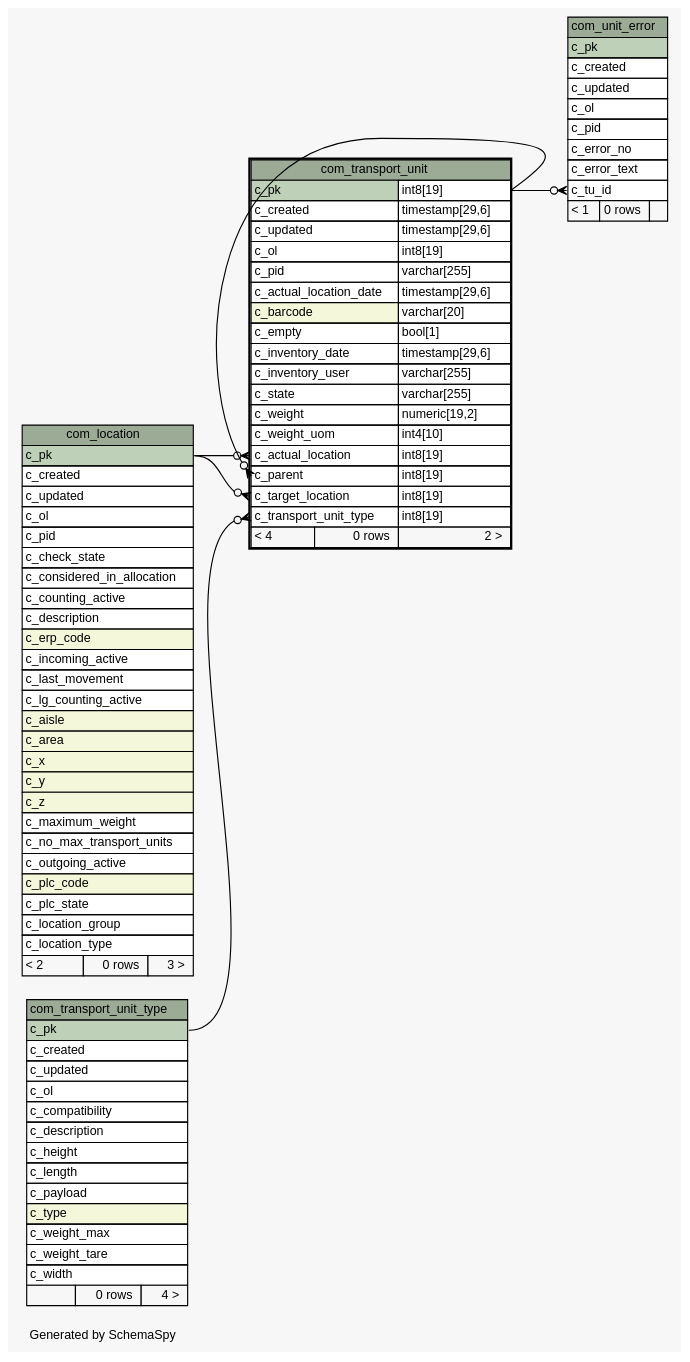
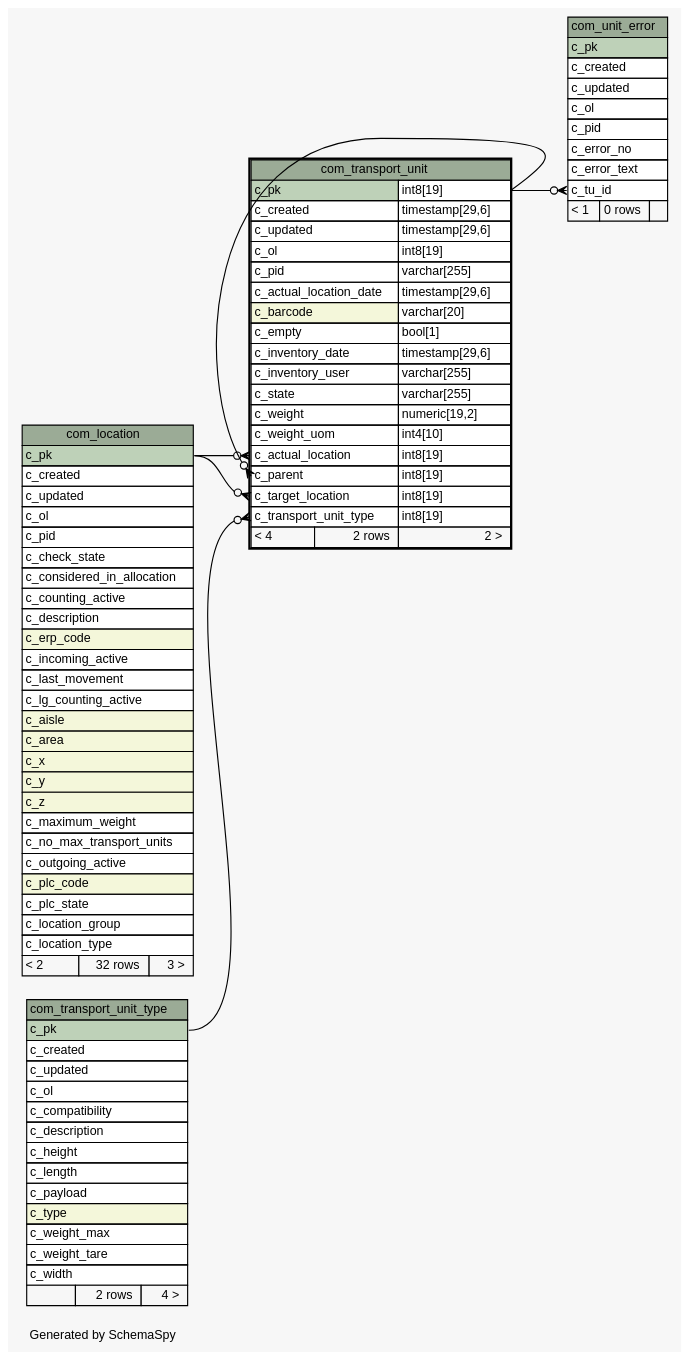
Before and after one commit to openwms/org.openwms.common.service.lib: the diagram in schemaspy/diagrams/com_transport_unit.1degree.dot, drawn with Graphviz. The commit also changed 551 other files, not shown here.

```diff
--- a/schemaspy/diagrams/com_transport_unit.1degree.dot
+++ b/schemaspy/diagrams/com_transport_unit.1degree.dot
@@ -1,126 +1,126 @@
-// dot 2.38.0 on Linux 4.15.0-1037-gcp
+// dot 2.36.0 on Linux 4.4.0-101-generic
 // SchemaSpy rev Unknown
 digraph "oneDegreeRelationshipsDiagram" {
   graph [
     rankdir="RL"
     bgcolor="#f7f7f7"
     label="\nGenerated by SchemaSpy"
     labeljust="l"
     nodesep="0.18"
     ranksep="0.46"
     fontname="Helvetica"
     fontsize="11"
   ];
   node [
     fontname="Helvetica"
     fontsize="11"
     shape="plaintext"
   ];
   edge [
     arrowsize="0.8"
   ];
   "com_transport_unit":"c_actual_location":w -> "com_location":"c_pk":e [arrowhead=none dir=back arrowtail=crowodot];
   "com_transport_unit":"c_parent":w -> "com_transport_unit":"c_pk.type":e [arrowhead=none dir=back arrowtail=crowodot];
   "com_transport_unit":"c_target_location":w -> "com_location":"c_pk":e [arrowhead=none dir=back arrowtail=crowodot];
   "com_transport_unit":"c_transport_unit_type":w -> "com_transport_unit_type":"c_pk":e [arrowhead=none dir=back arrowtail=crowodot];
   "com_unit_error":"c_tu_id":w -> "com_transport_unit":"c_pk.type":e [arrowhead=none dir=back arrowtail=crowodot];
   "com_location" [
     label=<
     <TABLE BORDER="0" CELLBORDER="1" CELLSPACING="0" BGCOLOR="#ffffff">
       <TR><TD COLSPAN="3" BGCOLOR="#9bab96" ALIGN="CENTER">com_location</TD></TR>
       <TR><TD PORT="c_pk" COLSPAN="3" BGCOLOR="#bed1b8" ALIGN="LEFT">c_pk</TD></TR>
       <TR><TD PORT="c_created" COLSPAN="3" ALIGN="LEFT">c_created</TD></TR>
       <TR><TD PORT="c_updated" COLSPAN="3" ALIGN="LEFT">c_updated</TD></TR>
       <TR><TD PORT="c_ol" COLSPAN="3" ALIGN="LEFT">c_ol</TD></TR>
       <TR><TD PORT="c_pid" COLSPAN="3" ALIGN="LEFT">c_pid</TD></TR>
       <TR><TD PORT="c_check_state" COLSPAN="3" ALIGN="LEFT">c_check_state</TD></TR>
       <TR><TD PORT="c_considered_in_allocation" COLSPAN="3" ALIGN="LEFT">c_considered_in_allocation</TD></TR>
       <TR><TD PORT="c_counting_active" COLSPAN="3" ALIGN="LEFT">c_counting_active</TD></TR>
       <TR><TD PORT="c_description" COLSPAN="3" ALIGN="LEFT">c_description</TD></TR>
       <TR><TD PORT="c_erp_code" COLSPAN="3" BGCOLOR="#f4f7da" ALIGN="LEFT">c_erp_code</TD></TR>
       <TR><TD PORT="c_incoming_active" COLSPAN="3" ALIGN="LEFT">c_incoming_active</TD></TR>
       <TR><TD PORT="c_last_movement" COLSPAN="3" ALIGN="LEFT">c_last_movement</TD></TR>
       <TR><TD PORT="c_lg_counting_active" COLSPAN="3" ALIGN="LEFT">c_lg_counting_active</TD></TR>
       <TR><TD PORT="c_aisle" COLSPAN="3" BGCOLOR="#f4f7da" ALIGN="LEFT">c_aisle</TD></TR>
       <TR><TD PORT="c_area" COLSPAN="3" BGCOLOR="#f4f7da" ALIGN="LEFT">c_area</TD></TR>
       <TR><TD PORT="c_x" COLSPAN="3" BGCOLOR="#f4f7da" ALIGN="LEFT">c_x</TD></TR>
       <TR><TD PORT="c_y" COLSPAN="3" BGCOLOR="#f4f7da" ALIGN="LEFT">c_y</TD></TR>
       <TR><TD PORT="c_z" COLSPAN="3" BGCOLOR="#f4f7da" ALIGN="LEFT">c_z</TD></TR>
       <TR><TD PORT="c_maximum_weight" COLSPAN="3" ALIGN="LEFT">c_maximum_weight</TD></TR>
       <TR><TD PORT="c_no_max_transport_units" COLSPAN="3" ALIGN="LEFT">c_no_max_transport_units</TD></TR>
       <TR><TD PORT="c_outgoing_active" COLSPAN="3" ALIGN="LEFT">c_outgoing_active</TD></TR>
       <TR><TD PORT="c_plc_code" COLSPAN="3" BGCOLOR="#f4f7da" ALIGN="LEFT">c_plc_code</TD></TR>
       <TR><TD PORT="c_plc_state" COLSPAN="3" ALIGN="LEFT">c_plc_state</TD></TR>
       <TR><TD PORT="c_location_group" COLSPAN="3" ALIGN="LEFT">c_location_group</TD></TR>
       <TR><TD PORT="c_location_type" COLSPAN="3" ALIGN="LEFT">c_location_type</TD></TR>
-      <TR><TD ALIGN="LEFT" BGCOLOR="#f7f7f7">&lt; 2</TD><TD ALIGN="RIGHT" BGCOLOR="#f7f7f7">0 rows</TD><TD ALIGN="RIGHT" BGCOLOR="#f7f7f7">3 &gt;</TD></TR>
+      <TR><TD ALIGN="LEFT" BGCOLOR="#f7f7f7">&lt; 2</TD><TD ALIGN="RIGHT" BGCOLOR="#f7f7f7">32 rows</TD><TD ALIGN="RIGHT" BGCOLOR="#f7f7f7">3 &gt;</TD></TR>
     </TABLE>>
     URL="com_location.html"
     tooltip="com_location"
   ];
   "com_transport_unit" [
     label=<
     <TABLE BORDER="2" CELLBORDER="1" CELLSPACING="0" BGCOLOR="#ffffff">
       <TR><TD COLSPAN="3" BGCOLOR="#9bab96" ALIGN="CENTER">com_transport_unit</TD></TR>
       <TR><TD PORT="c_pk" COLSPAN="2" BGCOLOR="#bed1b8" ALIGN="LEFT">c_pk</TD><TD PORT="c_pk.type" ALIGN="LEFT">int8[19]</TD></TR>
       <TR><TD PORT="c_created" COLSPAN="2" ALIGN="LEFT">c_created</TD><TD PORT="c_created.type" ALIGN="LEFT">timestamp[29,6]</TD></TR>
       <TR><TD PORT="c_updated" COLSPAN="2" ALIGN="LEFT">c_updated</TD><TD PORT="c_updated.type" ALIGN="LEFT">timestamp[29,6]</TD></TR>
       <TR><TD PORT="c_ol" COLSPAN="2" ALIGN="LEFT">c_ol</TD><TD PORT="c_ol.type" ALIGN="LEFT">int8[19]</TD></TR>
       <TR><TD PORT="c_pid" COLSPAN="2" ALIGN="LEFT">c_pid</TD><TD PORT="c_pid.type" ALIGN="LEFT">varchar[255]</TD></TR>
       <TR><TD PORT="c_actual_location_date" COLSPAN="2" ALIGN="LEFT">c_actual_location_date</TD><TD PORT="c_actual_location_date.type" ALIGN="LEFT">timestamp[29,6]</TD></TR>
       <TR><TD PORT="c_barcode" COLSPAN="2" BGCOLOR="#f4f7da" ALIGN="LEFT">c_barcode</TD><TD PORT="c_barcode.type" ALIGN="LEFT">varchar[20]</TD></TR>
       <TR><TD PORT="c_empty" COLSPAN="2" ALIGN="LEFT">c_empty</TD><TD PORT="c_empty.type" ALIGN="LEFT">bool[1]</TD></TR>
       <TR><TD PORT="c_inventory_date" COLSPAN="2" ALIGN="LEFT">c_inventory_date</TD><TD PORT="c_inventory_date.type" ALIGN="LEFT">timestamp[29,6]</TD></TR>
       <TR><TD PORT="c_inventory_user" COLSPAN="2" ALIGN="LEFT">c_inventory_user</TD><TD PORT="c_inventory_user.type" ALIGN="LEFT">varchar[255]</TD></TR>
       <TR><TD PORT="c_state" COLSPAN="2" ALIGN="LEFT">c_state</TD><TD PORT="c_state.type" ALIGN="LEFT">varchar[255]</TD></TR>
       <TR><TD PORT="c_weight" COLSPAN="2" ALIGN="LEFT">c_weight</TD><TD PORT="c_weight.type" ALIGN="LEFT">numeric[19,2]</TD></TR>
       <TR><TD PORT="c_weight_uom" COLSPAN="2" ALIGN="LEFT">c_weight_uom</TD><TD PORT="c_weight_uom.type" ALIGN="LEFT">int4[10]</TD></TR>
       <TR><TD PORT="c_actual_location" COLSPAN="2" ALIGN="LEFT">c_actual_location</TD><TD PORT="c_actual_location.type" ALIGN="LEFT">int8[19]</TD></TR>
       <TR><TD PORT="c_parent" COLSPAN="2" ALIGN="LEFT">c_parent</TD><TD PORT="c_parent.type" ALIGN="LEFT">int8[19]</TD></TR>
       <TR><TD PORT="c_target_location" COLSPAN="2" ALIGN="LEFT">c_target_location</TD><TD PORT="c_target_location.type" ALIGN="LEFT">int8[19]</TD></TR>
       <TR><TD PORT="c_transport_unit_type" COLSPAN="2" ALIGN="LEFT">c_transport_unit_type</TD><TD PORT="c_transport_unit_type.type" ALIGN="LEFT">int8[19]</TD></TR>
-      <TR><TD ALIGN="LEFT" BGCOLOR="#f7f7f7">&lt; 4</TD><TD ALIGN="RIGHT" BGCOLOR="#f7f7f7">0 rows</TD><TD ALIGN="RIGHT" BGCOLOR="#f7f7f7">2 &gt;</TD></TR>
+      <TR><TD ALIGN="LEFT" BGCOLOR="#f7f7f7">&lt; 4</TD><TD ALIGN="RIGHT" BGCOLOR="#f7f7f7">2 rows</TD><TD ALIGN="RIGHT" BGCOLOR="#f7f7f7">2 &gt;</TD></TR>
     </TABLE>>
     URL="com_transport_unit.html"
     tooltip="com_transport_unit"
   ];
   "com_transport_unit_type" [
     label=<
     <TABLE BORDER="0" CELLBORDER="1" CELLSPACING="0" BGCOLOR="#ffffff">
       <TR><TD COLSPAN="3" BGCOLOR="#9bab96" ALIGN="CENTER">com_transport_unit_type</TD></TR>
       <TR><TD PORT="c_pk" COLSPAN="3" BGCOLOR="#bed1b8" ALIGN="LEFT">c_pk</TD></TR>
       <TR><TD PORT="c_created" COLSPAN="3" ALIGN="LEFT">c_created</TD></TR>
       <TR><TD PORT="c_updated" COLSPAN="3" ALIGN="LEFT">c_updated</TD></TR>
       <TR><TD PORT="c_ol" COLSPAN="3" ALIGN="LEFT">c_ol</TD></TR>
       <TR><TD PORT="c_compatibility" COLSPAN="3" ALIGN="LEFT">c_compatibility</TD></TR>
       <TR><TD PORT="c_description" COLSPAN="3" ALIGN="LEFT">c_description</TD></TR>
       <TR><TD PORT="c_height" COLSPAN="3" ALIGN="LEFT">c_height</TD></TR>
       <TR><TD PORT="c_length" COLSPAN="3" ALIGN="LEFT">c_length</TD></TR>
       <TR><TD PORT="c_payload" COLSPAN="3" ALIGN="LEFT">c_payload</TD></TR>
       <TR><TD PORT="c_type" COLSPAN="3" BGCOLOR="#f4f7da" ALIGN="LEFT">c_type</TD></TR>
       <TR><TD PORT="c_weight_max" COLSPAN="3" ALIGN="LEFT">c_weight_max</TD></TR>
       <TR><TD PORT="c_weight_tare" COLSPAN="3" ALIGN="LEFT">c_weight_tare</TD></TR>
       <TR><TD PORT="c_width" COLSPAN="3" ALIGN="LEFT">c_width</TD></TR>
-      <TR><TD ALIGN="LEFT" BGCOLOR="#f7f7f7">  </TD><TD ALIGN="RIGHT" BGCOLOR="#f7f7f7">0 rows</TD><TD ALIGN="RIGHT" BGCOLOR="#f7f7f7">4 &gt;</TD></TR>
+      <TR><TD ALIGN="LEFT" BGCOLOR="#f7f7f7">  </TD><TD ALIGN="RIGHT" BGCOLOR="#f7f7f7">2 rows</TD><TD ALIGN="RIGHT" BGCOLOR="#f7f7f7">4 &gt;</TD></TR>
     </TABLE>>
     URL="com_transport_unit_type.html"
     tooltip="com_transport_unit_type"
   ];
   "com_unit_error" [
     label=<
     <TABLE BORDER="0" CELLBORDER="1" CELLSPACING="0" BGCOLOR="#ffffff">
       <TR><TD COLSPAN="3" BGCOLOR="#9bab96" ALIGN="CENTER">com_unit_error</TD></TR>
       <TR><TD PORT="c_pk" COLSPAN="3" BGCOLOR="#bed1b8" ALIGN="LEFT">c_pk</TD></TR>
       <TR><TD PORT="c_created" COLSPAN="3" ALIGN="LEFT">c_created</TD></TR>
       <TR><TD PORT="c_updated" COLSPAN="3" ALIGN="LEFT">c_updated</TD></TR>
       <TR><TD PORT="c_ol" COLSPAN="3" ALIGN="LEFT">c_ol</TD></TR>
       <TR><TD PORT="c_pid" COLSPAN="3" ALIGN="LEFT">c_pid</TD></TR>
       <TR><TD PORT="c_error_no" COLSPAN="3" ALIGN="LEFT">c_error_no</TD></TR>
       <TR><TD PORT="c_error_text" COLSPAN="3" ALIGN="LEFT">c_error_text</TD></TR>
       <TR><TD PORT="c_tu_id" COLSPAN="3" ALIGN="LEFT">c_tu_id</TD></TR>
       <TR><TD ALIGN="LEFT" BGCOLOR="#f7f7f7">&lt; 1</TD><TD ALIGN="RIGHT" BGCOLOR="#f7f7f7">0 rows</TD><TD ALIGN="RIGHT" BGCOLOR="#f7f7f7">  </TD></TR>
     </TABLE>>
     URL="com_unit_error.html"
     tooltip="com_unit_error"
   ];
 }
```
